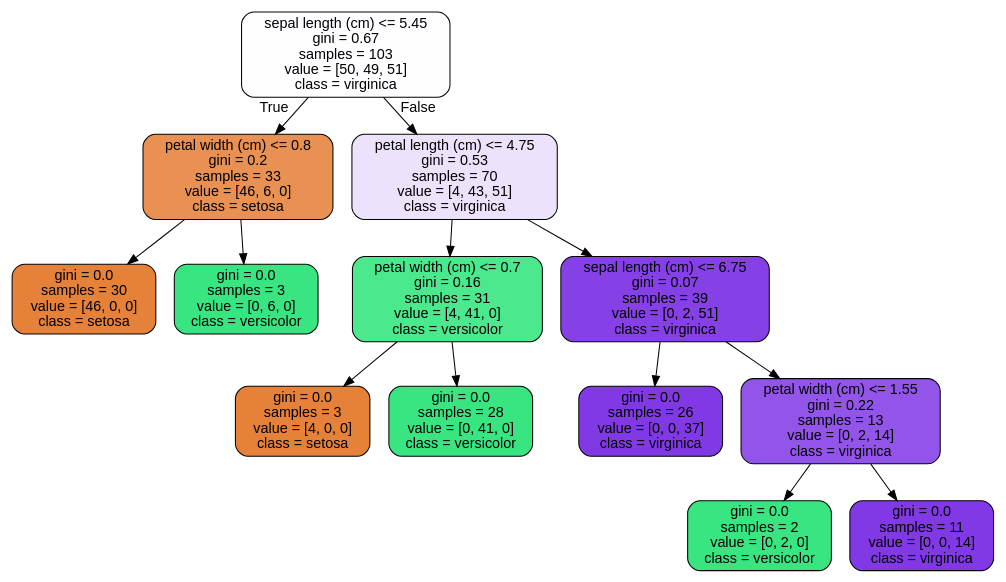
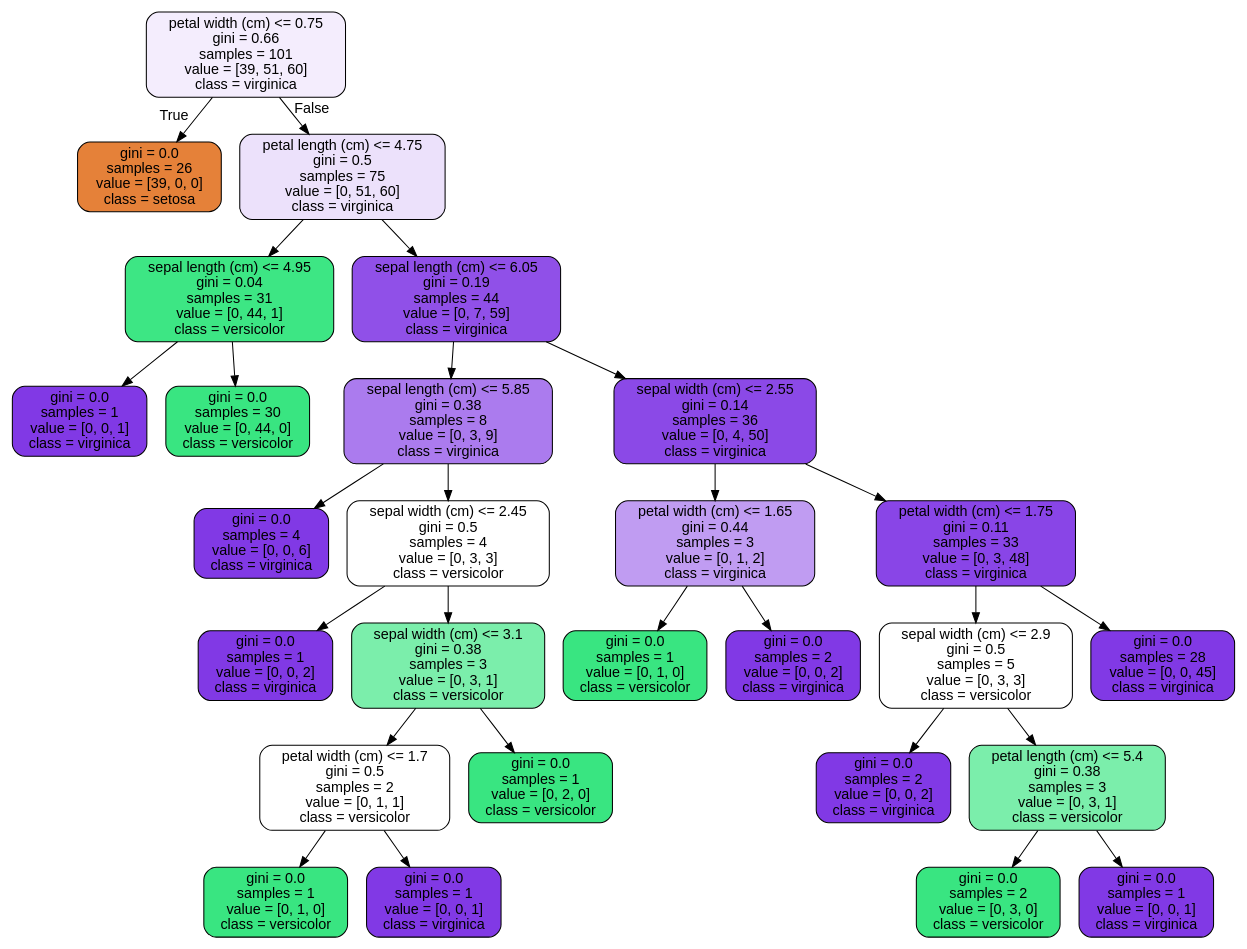
The diagram in RandomForest_Covid_Case_Study/tree.dot (andrea-fantini/Springboard), drawn with Graphviz before and after one commit. The commit also changed 2 other files, not shown here.

```diff
--- a/RandomForest_Covid_Case_Study/tree.dot
+++ b/RandomForest_Covid_Case_Study/tree.dot
@@ -1,29 +1,57 @@
 digraph Tree {
 node [shape=box, style="filled, rounded", color="black", fontname=helvetica] ;
 edge [fontname=helvetica] ;
-0 [label="sepal length (cm) <= 5.45\ngini = 0.67\nsamples = 103\nvalue = [50, 49, 51]\nclass = virginica", fillcolor="#fefdff"] ;
-1 [label="petal width (cm) <= 0.8\ngini = 0.2\nsamples = 33\nvalue = [46, 6, 0]\nclass = setosa", fillcolor="#e89153"] ;
+0 [label="petal width (cm) <= 0.75\ngini = 0.66\nsamples = 101\nvalue = [39, 51, 60]\nclass = virginica", fillcolor="#f4edfd"] ;
+1 [label="gini = 0.0\nsamples = 26\nvalue = [39, 0, 0]\nclass = setosa", fillcolor="#e58139"] ;
 0 -> 1 [labeldistance=2.5, labelangle=45, headlabel="True"] ;
-2 [label="gini = 0.0\nsamples = 30\nvalue = [46, 0, 0]\nclass = setosa", fillcolor="#e58139"] ;
-1 -> 2 ;
-3 [label="gini = 0.0\nsamples = 3\nvalue = [0, 6, 0]\nclass = versicolor", fillcolor="#39e581"] ;
-1 -> 3 ;
-4 [label="petal length (cm) <= 4.75\ngini = 0.53\nsamples = 70\nvalue = [4, 43, 51]\nclass = virginica", fillcolor="#ede2fb"] ;
-0 -> 4 [labeldistance=2.5, labelangle=-45, headlabel="False"] ;
-5 [label="petal width (cm) <= 0.7\ngini = 0.16\nsamples = 31\nvalue = [4, 41, 0]\nclass = versicolor", fillcolor="#4ce88d"] ;
-4 -> 5 ;
-6 [label="gini = 0.0\nsamples = 3\nvalue = [4, 0, 0]\nclass = setosa", fillcolor="#e58139"] ;
-5 -> 6 ;
-7 [label="gini = 0.0\nsamples = 28\nvalue = [0, 41, 0]\nclass = versicolor", fillcolor="#39e581"] ;
-5 -> 7 ;
-8 [label="sepal length (cm) <= 6.75\ngini = 0.07\nsamples = 39\nvalue = [0, 2, 51]\nclass = virginica", fillcolor="#8641e6"] ;
-4 -> 8 ;
-9 [label="gini = 0.0\nsamples = 26\nvalue = [0, 0, 37]\nclass = virginica", fillcolor="#8139e5"] ;
-8 -> 9 ;
-10 [label="petal width (cm) <= 1.55\ngini = 0.22\nsamples = 13\nvalue = [0, 2, 14]\nclass = virginica", fillcolor="#9355e9"] ;
-8 -> 10 ;
-11 [label="gini = 0.0\nsamples = 2\nvalue = [0, 2, 0]\nclass = versicolor", fillcolor="#39e581"] ;
-10 -> 11 ;
-12 [label="gini = 0.0\nsamples = 11\nvalue = [0, 0, 14]\nclass = virginica", fillcolor="#8139e5"] ;
-10 -> 12 ;
+2 [label="petal length (cm) <= 4.75\ngini = 0.5\nsamples = 75\nvalue = [0, 51, 60]\nclass = virginica", fillcolor="#ece1fb"] ;
+0 -> 2 [labeldistance=2.5, labelangle=-45, headlabel="False"] ;
+3 [label="sepal length (cm) <= 4.95\ngini = 0.04\nsamples = 31\nvalue = [0, 44, 1]\nclass = versicolor", fillcolor="#3de684"] ;
+2 -> 3 ;
+4 [label="gini = 0.0\nsamples = 1\nvalue = [0, 0, 1]\nclass = virginica", fillcolor="#8139e5"] ;
+3 -> 4 ;
+5 [label="gini = 0.0\nsamples = 30\nvalue = [0, 44, 0]\nclass = versicolor", fillcolor="#39e581"] ;
+3 -> 5 ;
+6 [label="sepal length (cm) <= 6.05\ngini = 0.19\nsamples = 44\nvalue = [0, 7, 59]\nclass = virginica", fillcolor="#9050e8"] ;
+2 -> 6 ;
+7 [label="sepal length (cm) <= 5.85\ngini = 0.38\nsamples = 8\nvalue = [0, 3, 9]\nclass = virginica", fillcolor="#ab7bee"] ;
+6 -> 7 ;
+8 [label="gini = 0.0\nsamples = 4\nvalue = [0, 0, 6]\nclass = virginica", fillcolor="#8139e5"] ;
+7 -> 8 ;
+9 [label="sepal width (cm) <= 2.45\ngini = 0.5\nsamples = 4\nvalue = [0, 3, 3]\nclass = versicolor", fillcolor="#ffffff"] ;
+7 -> 9 ;
+10 [label="gini = 0.0\nsamples = 1\nvalue = [0, 0, 2]\nclass = virginica", fillcolor="#8139e5"] ;
+9 -> 10 ;
+11 [label="sepal width (cm) <= 3.1\ngini = 0.38\nsamples = 3\nvalue = [0, 3, 1]\nclass = versicolor", fillcolor="#7beeab"] ;
+9 -> 11 ;
+12 [label="petal width (cm) <= 1.7\ngini = 0.5\nsamples = 2\nvalue = [0, 1, 1]\nclass = versicolor", fillcolor="#ffffff"] ;
+11 -> 12 ;
+13 [label="gini = 0.0\nsamples = 1\nvalue = [0, 1, 0]\nclass = versicolor", fillcolor="#39e581"] ;
+12 -> 13 ;
+14 [label="gini = 0.0\nsamples = 1\nvalue = [0, 0, 1]\nclass = virginica", fillcolor="#8139e5"] ;
+12 -> 14 ;
+15 [label="gini = 0.0\nsamples = 1\nvalue = [0, 2, 0]\nclass = versicolor", fillcolor="#39e581"] ;
+11 -> 15 ;
+16 [label="sepal width (cm) <= 2.55\ngini = 0.14\nsamples = 36\nvalue = [0, 4, 50]\nclass = virginica", fillcolor="#8b49e7"] ;
+6 -> 16 ;
+17 [label="petal width (cm) <= 1.65\ngini = 0.44\nsamples = 3\nvalue = [0, 1, 2]\nclass = virginica", fillcolor="#c09cf2"] ;
+16 -> 17 ;
+18 [label="gini = 0.0\nsamples = 1\nvalue = [0, 1, 0]\nclass = versicolor", fillcolor="#39e581"] ;
+17 -> 18 ;
+19 [label="gini = 0.0\nsamples = 2\nvalue = [0, 0, 2]\nclass = virginica", fillcolor="#8139e5"] ;
+17 -> 19 ;
+20 [label="petal width (cm) <= 1.75\ngini = 0.11\nsamples = 33\nvalue = [0, 3, 48]\nclass = virginica", fillcolor="#8945e7"] ;
+16 -> 20 ;
+21 [label="sepal width (cm) <= 2.9\ngini = 0.5\nsamples = 5\nvalue = [0, 3, 3]\nclass = versicolor", fillcolor="#ffffff"] ;
+20 -> 21 ;
+22 [label="gini = 0.0\nsamples = 2\nvalue = [0, 0, 2]\nclass = virginica", fillcolor="#8139e5"] ;
+21 -> 22 ;
+23 [label="petal length (cm) <= 5.4\ngini = 0.38\nsamples = 3\nvalue = [0, 3, 1]\nclass = versicolor", fillcolor="#7beeab"] ;
+21 -> 23 ;
+24 [label="gini = 0.0\nsamples = 2\nvalue = [0, 3, 0]\nclass = versicolor", fillcolor="#39e581"] ;
+23 -> 24 ;
+25 [label="gini = 0.0\nsamples = 1\nvalue = [0, 0, 1]\nclass = virginica", fillcolor="#8139e5"] ;
+23 -> 25 ;
+26 [label="gini = 0.0\nsamples = 28\nvalue = [0, 0, 45]\nclass = virginica", fillcolor="#8139e5"] ;
+20 -> 26 ;
 }
```
